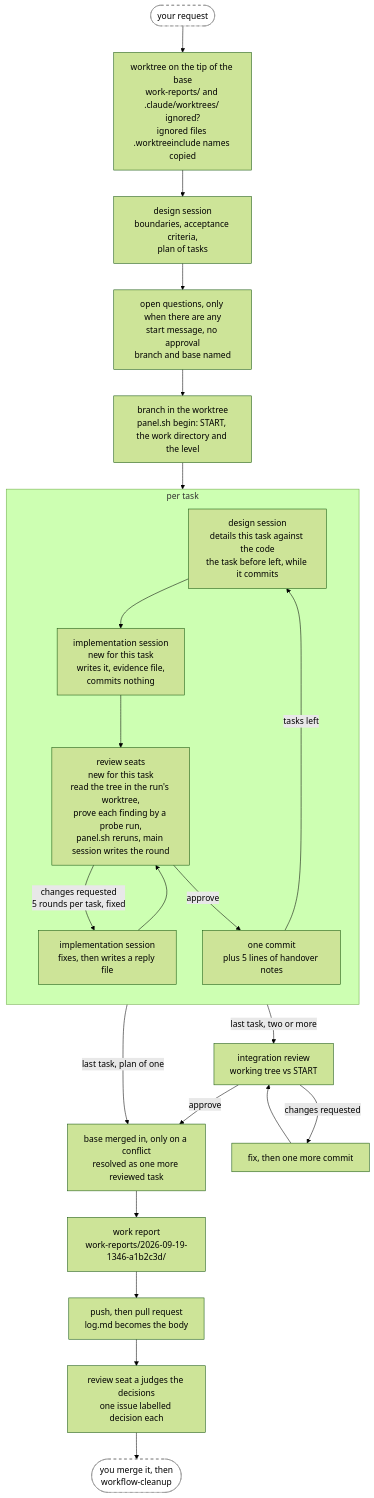
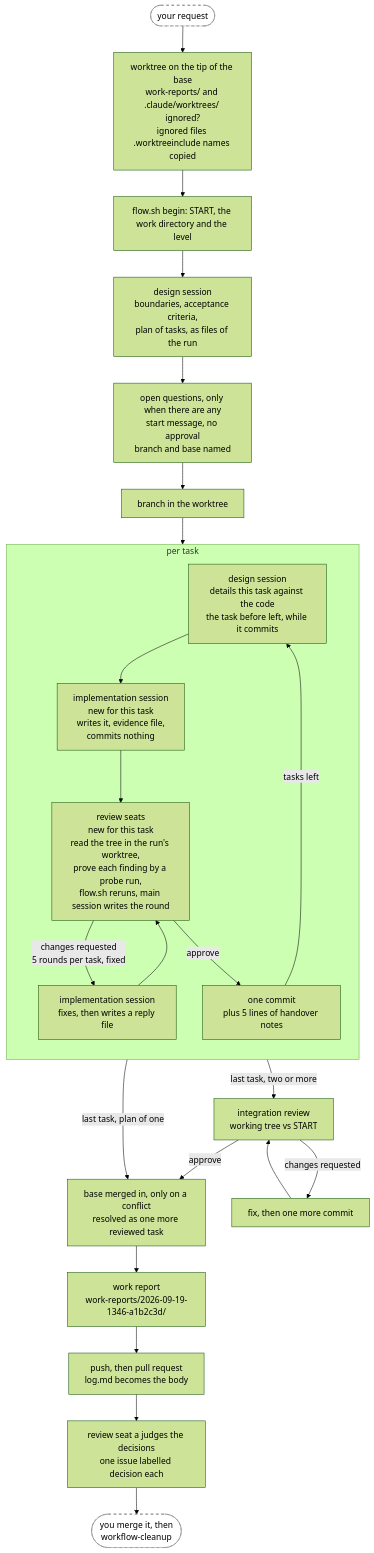
Before and after one commit to annetaan/claude-plugins: the second of 4 diagrams in plugins/annetaan/README.md, drawn with Mermaid (forest theme). The commit also changed other lines of this file and 52 other files, not shown here.

````diff
--- a/plugins/annetaan/README.md
+++ b/plugins/annetaan/README.md
@@ -168,33 +168,33 @@
 ```mermaid
 flowchart TD
-    req(["your request"]) --> wt["worktree on the tip of the base<br/>work-reports/ and .claude/worktrees/ ignored?<br/>ignored files .worktreeinclude names copied"] --> design["design session<br/>boundaries, acceptance criteria,<br/>plan of tasks"]
+    req(["your request"]) --> wt["worktree on the tip of the base<br/>work-reports/ and .claude/worktrees/ ignored?<br/>ignored files .worktreeinclude names copied"] --> begin["flow.sh begin: START, the work directory and the level"] --> design["design session<br/>boundaries, acceptance criteria,<br/>plan of tasks, as files of the run"]
     design --> ask["open questions, only when there are any<br/>start message, no approval<br/>branch and base named"]
-    ask --> setup["branch in the worktree<br/>panel.sh begin: START, the work directory and the level"]
+    ask --> setup["branch in the worktree"]
     setup --> detail
 
     subgraph task["per task"]
         direction TB
         detail["design session<br/>details this task against the code<br/>the task before left, while it commits"]
         impl["implementation session<br/>new for this task<br/>writes it, evidence file,<br/>commits nothing"]
-        review["review seats<br/>new for this task<br/>read the tree in the run's worktree,<br/>prove each finding by a probe run,<br/>panel.sh reruns, main session writes the round"]
+        review["review seats<br/>new for this task<br/>read the tree in the run's worktree,<br/>prove each finding by a probe run,<br/>flow.sh reruns, main session writes the round"]
         respond["implementation session<br/>fixes, then writes a reply file"]
         commit["one commit<br/>plus 5 lines of handover notes"]
         detail --> impl --> review
         review -->|"changes requested<br/>5 rounds per task, fixed"| respond
         respond --> review
         review -->|approve| commit
         commit -->|tasks left| detail
     end
 
     commit -->|"last task, two or more"| integ["integration review<br/>working tree vs START"]
     commit -->|"last task, plan of one"| sync
     integ -->|changes requested| integfix["fix, then one more commit"]
     integfix --> integ
     integ -->|approve| sync["base merged in, only on a conflict<br/>resolved as one more reviewed task"]
     sync --> report["work report<br/>work-reports/2026-09-19-1346-a1b2c3d/"]
     report --> pr["push, then pull request<br/>log.md becomes the body"]
     pr --> decisions["review seat a judges the decisions<br/>one issue labelled decision each"] --> clean(["you merge it, then<br/>workflow-cleanup"])
 
     classDef human fill:#fff,stroke:#888,stroke-dasharray: 5 5
     class req,clean human
 ```
````
